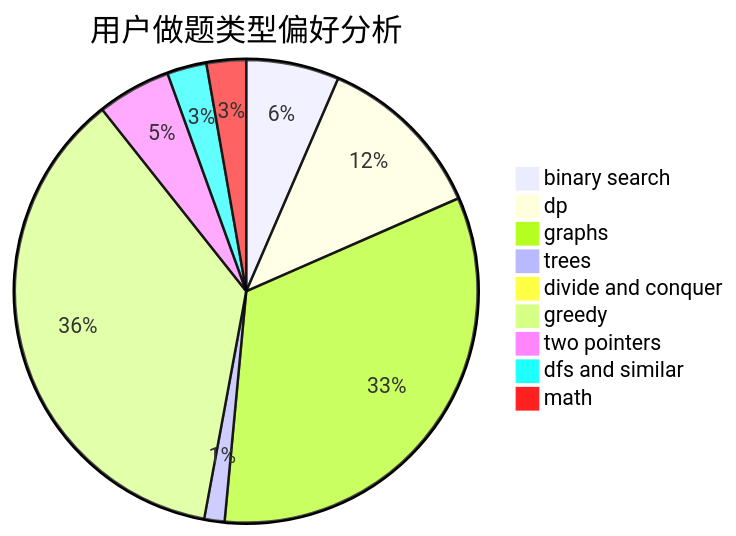
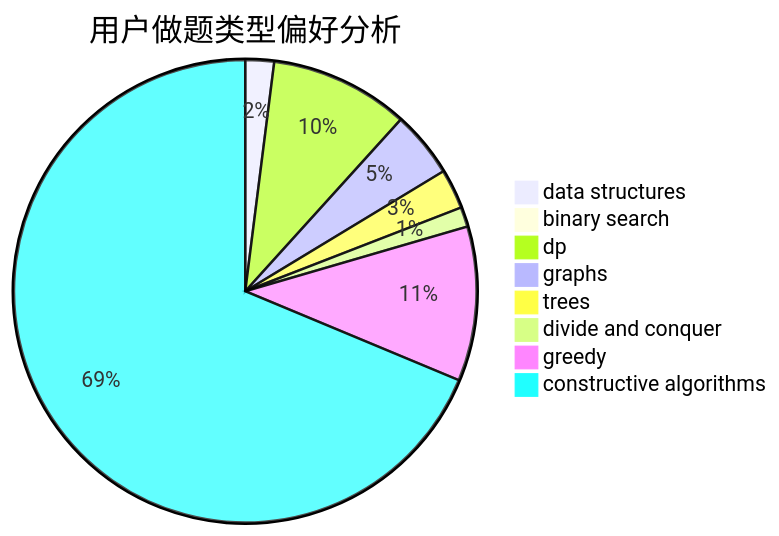
One commit to sherpahu/cfrs.github.io changed the second of 3 diagrams in docs/user/u1467.md. Above: the diagram before and after it, drawn with Mermaid. The commit also changed other lines of this file and 2775 other files, not shown here.

````diff
--- a/docs/user/u1467.md
+++ b/docs/user/u1467.md
@@ -23,12 +23,11 @@
 ```mermaid
 pie title 用户做题类型偏好分析
-    "binary search" :  87
-    "dp" :  160
-    "graphs" :  443
-    "trees" :  19
+    "data structures" :  13
+    "binary search" :  0
+    "dp" :  63
+    "graphs" :  30
+    "trees" :  18
     "divide and conquer" :  9
-    "greedy" :  488
-    "two pointers" :  69
-    "dfs and similar" :  37
-    "math" :  37
+    "greedy" :  70
+    "constructive algorithms" :  446
 ```
````
